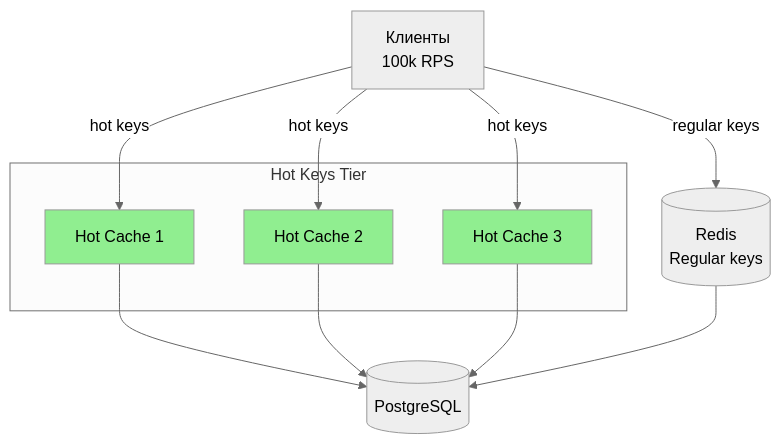
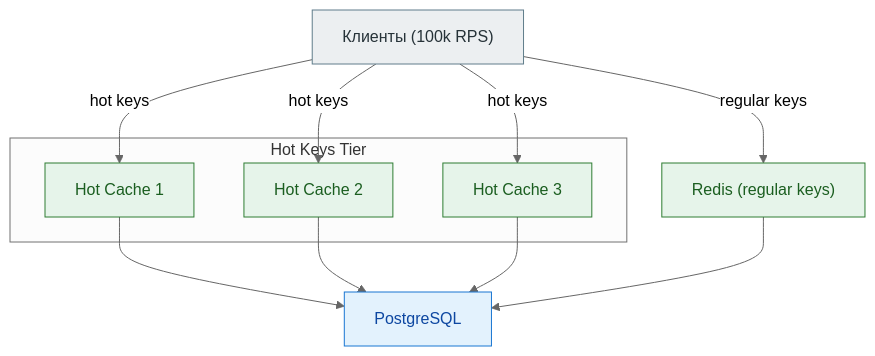
One commit to savinmikhail/advanced-system-design changed diagram 15 of 19 in cache/readme.md. Above: the diagram before and after it, drawn with Mermaid (neutral theme). The commit also changed other lines of this file, not shown here.

Commit message:
вырвиглазный контраст схем, нечитаемый текст часто, редис можно квадратиками рисовать

````diff
--- a/cache/readme.md
+++ b/cache/readme.md
@@ -1101,27 +1109,31 @@
 ```mermaid
 graph TB
-    Clients[Клиенты<br/>100k RPS]
+    Clients["Клиенты (100k RPS)"]
     
     subgraph "Hot Keys Tier"
-        Hot1[Hot Cache 1]
-        Hot2[Hot Cache 2]
-        Hot3[Hot Cache 3]
+        Hot1["Hot Cache 1"]
+        Hot2["Hot Cache 2"]
+        Hot3["Hot Cache 3"]
     end
     
-    Redis[(Redis<br/>Regular keys)]
-    DB[(PostgreSQL)]
+    Redis["Redis (regular keys)"]
+    DB["PostgreSQL"]
     
     Clients -->|hot keys| Hot1
     Clients -->|hot keys| Hot2
     Clients -->|hot keys| Hot3
     Clients -->|regular keys| Redis
     
     Hot1 --> DB
     Hot2 --> DB
     Hot3 --> DB
     Redis --> DB
-    
-    style Hot1 fill:#90EE90
-    style Hot2 fill:#90EE90
-    style Hot3 fill:#90EE90
+
+    classDef client fill:#eceff1,stroke:#607d8b,color:#263238;
+    classDef cache fill:#e6f4ea,stroke:#2e7d32,color:#1b5e20;
+    classDef db fill:#e3f2fd,stroke:#1976d2,color:#0d47a1;
+
+    class Clients client;
+    class Hot1,Hot2,Hot3,Redis cache;
+    class DB db;
 ```
````
